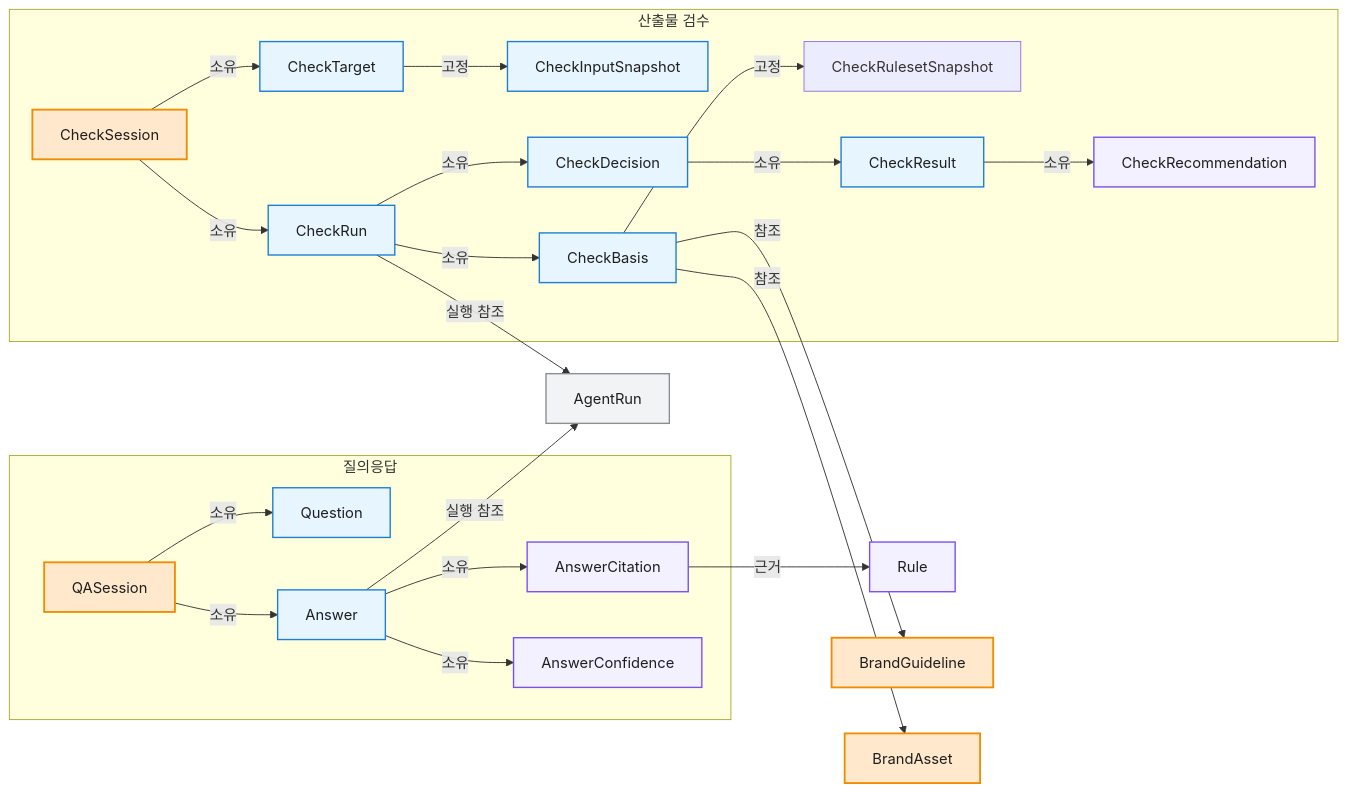
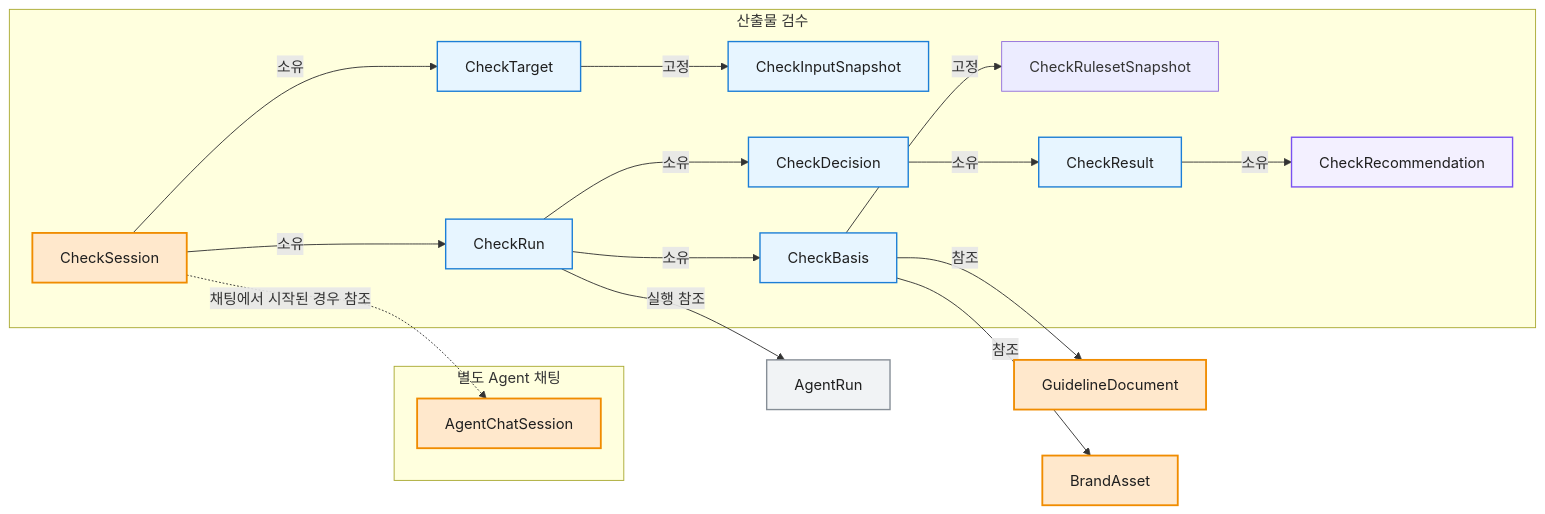
Before and after one commit to ewoooo/living-brand-system: the fifth of 5 diagrams in docs/04-domain-model.md, drawn with Mermaid. The commit also changed other lines of this file and 6 other files, not shown here.

````diff
--- a/docs/04-domain-model.md
+++ b/docs/04-domain-model.md
@@ -425,57 +437,45 @@
 ```mermaid
 flowchart LR
-  GuidelineCheck["Rule"]
-
-  subgraph QA["질의응답"]
-    QASession["QASession"]
-    Question["Question"]
-    Answer["Answer"]
-    AnswerCitation["AnswerCitation"]
-    AnswerConfidence["AnswerConfidence"]
+  subgraph AgentChat["별도 Agent 채팅"]
+    AgentChatSession["AgentChatSession"]
   end
 
   subgraph Check["산출물 검수"]
     CheckSession["CheckSession"]
     CheckTarget["CheckTarget"]
     CheckInputSnapshot["CheckInputSnapshot"]
     CheckRun["CheckRun"]
     CheckBasis["CheckBasis"]
     CheckRulesetSnapshot["CheckRulesetSnapshot"]
     CheckResult["CheckResult"]
     CheckRecommendation["CheckRecommendation"]
     CheckDecision["CheckDecision"]
   end
 
   AgentRun["AgentRun"]
-  BrandGuideline["BrandGuideline"]
+  GuidelineDocument["GuidelineDocument"]
   BrandAsset["BrandAsset"]
 
-  QASession -->|"소유"| Question
-  QASession -->|"소유"| Answer
-  Answer -->|"소유"| AnswerCitation
-  Answer -->|"소유"| AnswerConfidence
-  AnswerCitation -->|"근거"| GuidelineCheck
-  Answer -->|"실행 참조"| AgentRun
-
   CheckSession -->|"소유"| CheckTarget
+  CheckSession -.->|"채팅에서 시작된 경우 참조"| AgentChatSession
   CheckTarget -->|"고정"| CheckInputSnapshot
   CheckSession -->|"소유"| CheckRun
   CheckRun -->|"소유"| CheckBasis
-  CheckBasis -->|"참조"| BrandGuideline
+  CheckBasis -->|"참조"| GuidelineDocument
   CheckBasis -->|"고정"| CheckRulesetSnapshot
   CheckBasis -->|"참조"| BrandAsset
   CheckRun -->|"소유"| CheckDecision
   CheckDecision -->|"소유"| CheckResult
   CheckResult -->|"소유"| CheckRecommendation
   CheckRun -->|"실행 참조"| AgentRun
 
   classDef aggregate fill:#FFE8CC,stroke:#F08C00,stroke-width:2px,color:#1F1F1F;
   classDef entity fill:#E7F5FF,stroke:#1C7ED6,stroke-width:1.5px,color:#1F1F1F;
   classDef childEntity fill:#F3F0FF,stroke:#7950F2,stroke-width:1.5px,color:#1F1F1F;
   classDef record fill:#F1F3F5,stroke:#868E96,stroke-width:1.5px,color:#1F1F1F;
 
-  class QASession,CheckSession,BrandGuideline,BrandAsset aggregate;
-  class Question,Answer,CheckTarget,CheckInputSnapshot,CheckRun,CheckBasis,CheckDecision,CheckResult entity;
-  class GuidelineCheck,AnswerCitation,AnswerConfidence,CheckRecommendation childEntity;
+  class AgentChatSession,CheckSession,GuidelineDocument,BrandAsset aggregate;
+  class CheckTarget,CheckInputSnapshot,CheckRun,CheckBasis,CheckDecision,CheckResult entity;
+  class CheckRecommendation childEntity;
   class AgentRun record;
 ```
````
